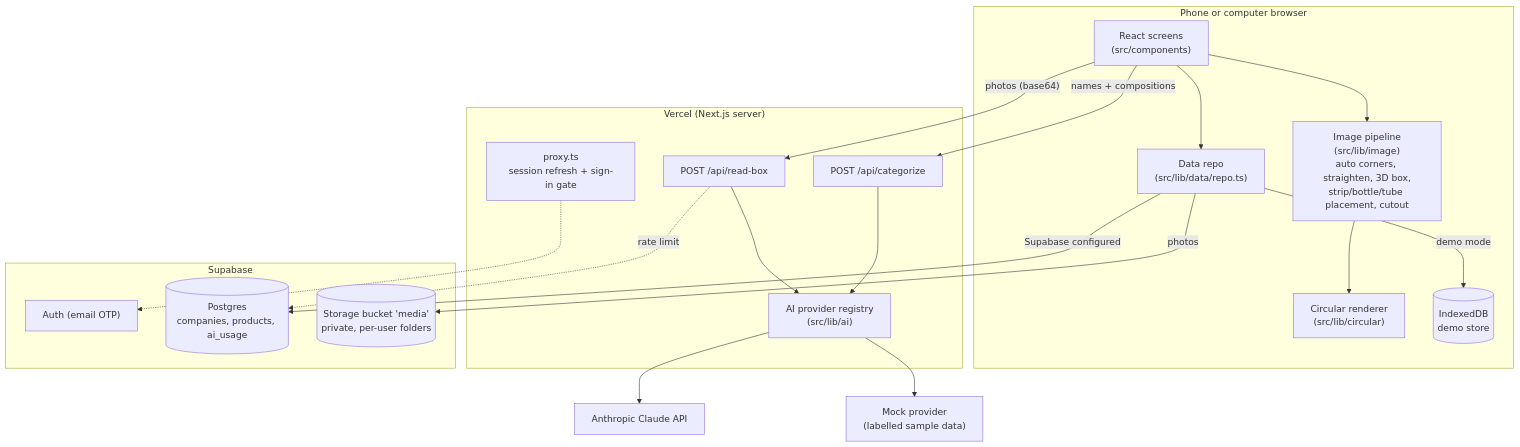
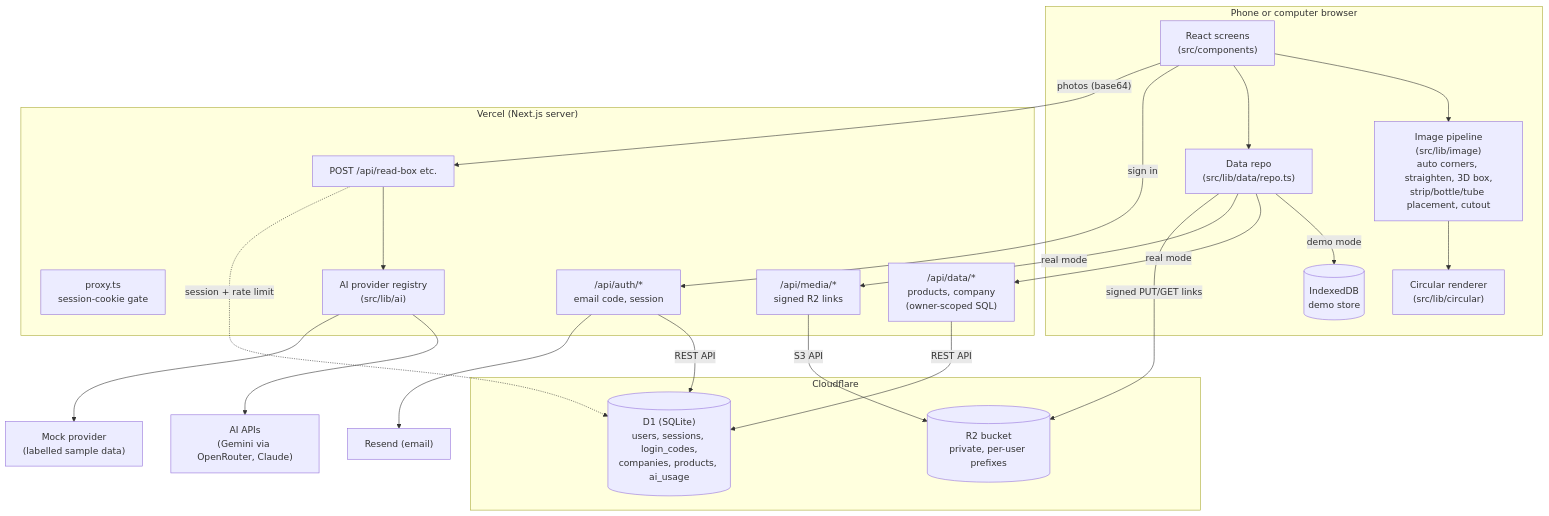
The first of 3 diagrams in docs/ARCHITECTURE.md (kollanaveen-ctrl/dawakraft), drawn with Mermaid before and after one commit. The commit also changed other lines of this file and 54 other files, not shown here.

First line of the commit message:
feat: Cloudflare D1 + R2 with email-code sign-in, replacing Supabase

````diff
--- a/docs/ARCHITECTURE.md
+++ b/docs/ARCHITECTURE.md
@@ -24,37 +26,42 @@
 ```mermaid
 flowchart TB
   subgraph Phone["Phone or computer browser"]
     UI["React screens<br/>(src/components)"]
     IMG["Image pipeline<br/>(src/lib/image)<br/>auto corners, straighten, 3D box,<br/>strip/bottle/tube placement, cutout"]
     CIRC["Circular renderer<br/>(src/lib/circular)"]
     REPO["Data repo<br/>(src/lib/data/repo.ts)"]
     IDB[("IndexedDB<br/>demo store")]
   end
   subgraph Vercel["Vercel (Next.js server)"]
-    PROXY["proxy.ts<br/>session refresh + sign-in gate"]
-    RB["POST /api/read-box"]
-    CAT["POST /api/categorize"]
+    PROXY["proxy.ts<br/>session-cookie gate"]
+    AUTHR["/api/auth/*<br/>email code, session"]
+    DATA["/api/data/*<br/>products, company<br/>(owner-scoped SQL)"]
+    MEDIA["/api/media/*<br/>signed R2 links"]
+    RB["POST /api/read-box etc."]
     AI["AI provider registry<br/>(src/lib/ai)"]
   end
-  subgraph Supabase
-    AUTH["Auth (email OTP)"]
-    PG[("Postgres<br/>companies, products, ai_usage")]
-    ST[("Storage bucket 'media'<br/>private, per-user folders")]
+  subgraph Cloudflare
+    D1[("D1 (SQLite)<br/>users, sessions, login_codes,<br/>companies, products, ai_usage")]
+    R2[("R2 bucket<br/>private, per-user prefixes")]
   end
-  CLAUDE["Anthropic Claude API"]
+  RESEND["Resend (email)"]
+  CLAUDE["AI APIs<br/>(Gemini via OpenRouter, Claude)"]
   MOCK["Mock provider<br/>(labelled sample data)"]
 
   UI --> IMG --> CIRC
   UI --> REPO
   REPO -- "demo mode" --> IDB
-  REPO -- "Supabase configured" --> PG
-  REPO -- "photos" --> ST
+  REPO -- "real mode" --> DATA
+  REPO -- "real mode" --> MEDIA
+  REPO -- "signed PUT/GET links" --> R2
+  UI -- "sign in" --> AUTHR
+  AUTHR -- "REST API" --> D1
+  AUTHR --> RESEND
+  DATA -- "REST API" --> D1
+  MEDIA -- "S3 API" --> R2
   UI -- "photos (base64)" --> RB
-  UI -- "names + compositions" --> CAT
   RB --> AI
-  CAT --> AI
   AI --> CLAUDE
   AI --> MOCK
-  RB -. "rate limit" .-> PG
-  PROXY -.-> AUTH
+  RB -. "session + rate limit" .-> D1
 ```
````
